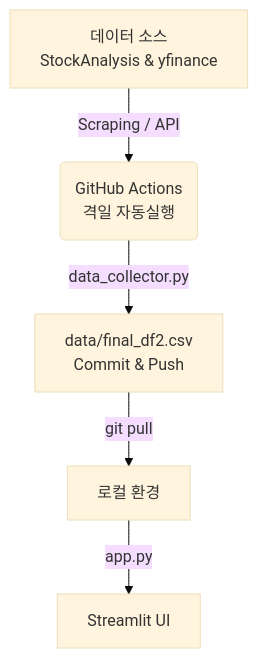
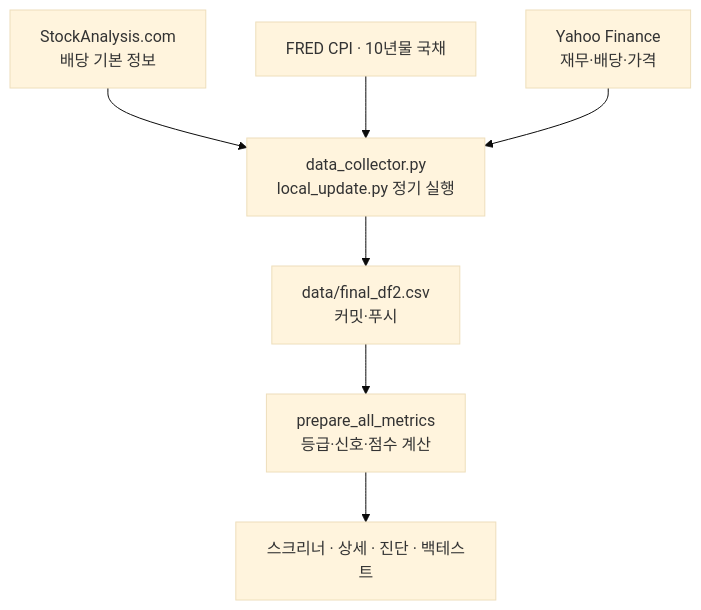
Before and after one commit to YS-investment/dividend: the first of 2 diagrams in README.md, drawn with Mermaid (base theme). The commit also changed other lines of this file and 2 other files, not shown here.

````diff
--- a/README.md
+++ b/README.md
@@ -387,7 +305,9 @@
 ```mermaid
 graph TD
-    A[데이터 소스<br>StockAnalysis & yfinance] -->|Scraping / API| B(GitHub Actions<br>격일 자동실행)
-    B -->|data_collector.py| C[data/final_df2.csv<br>Commit & Push]
-    C -->|git pull| D[로컬 환경]
-    D -->|app.py| E[Streamlit UI]
+    A[StockAnalysis.com<br>배당 기본 정보] --> D
+    B[FRED CPI · 10년물 국채] --> D
+    C[Yahoo Finance<br>재무·배당·가격] --> D
+    D[data_collector.py<br>local_update.py 정기 실행] --> E[data/final_df2.csv<br>커밋·푸시]
+    E --> F[prepare_all_metrics<br>등급·신호·점수 계산]
+    F --> G[스크리너 · 상세 · 진단 · 백테스트]
 ```
````
